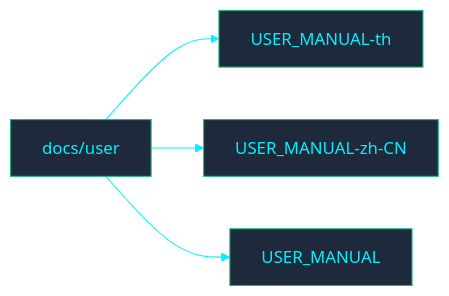
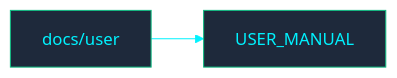
The diagram in docs/user/README.md (PATTANAKORN025/IMS), drawn with Mermaid before and after one commit. The commit also changed other lines of this file and 246 other files, not shown here.

````diff
--- a/docs/user/README.md
+++ b/docs/user/README.md
@@ -14,8 +14,6 @@
 ```mermaid
 %%{init: {'theme': 'base', 'themeVariables': { 'primaryColor': '#1e293b', 'primaryTextColor': '#00F2FE', 'primaryBorderColor': '#10B981', 'lineColor': '#00F2FE', 'secondaryColor': '#0f172a', 'tertiaryColor': '#0f172a', 'clusterBkg': '#030407', 'clusterBorder': '#00F2FE'}}}%%
 flowchart LR
   ROOT["docs/user"]
-  ROOT --> F0["USER_MANUAL-th"]
-  ROOT --> F1["USER_MANUAL-zh-CN"]
-  ROOT --> F2["USER_MANUAL"]
+  ROOT --> F0["USER_MANUAL"]
 ```
````
